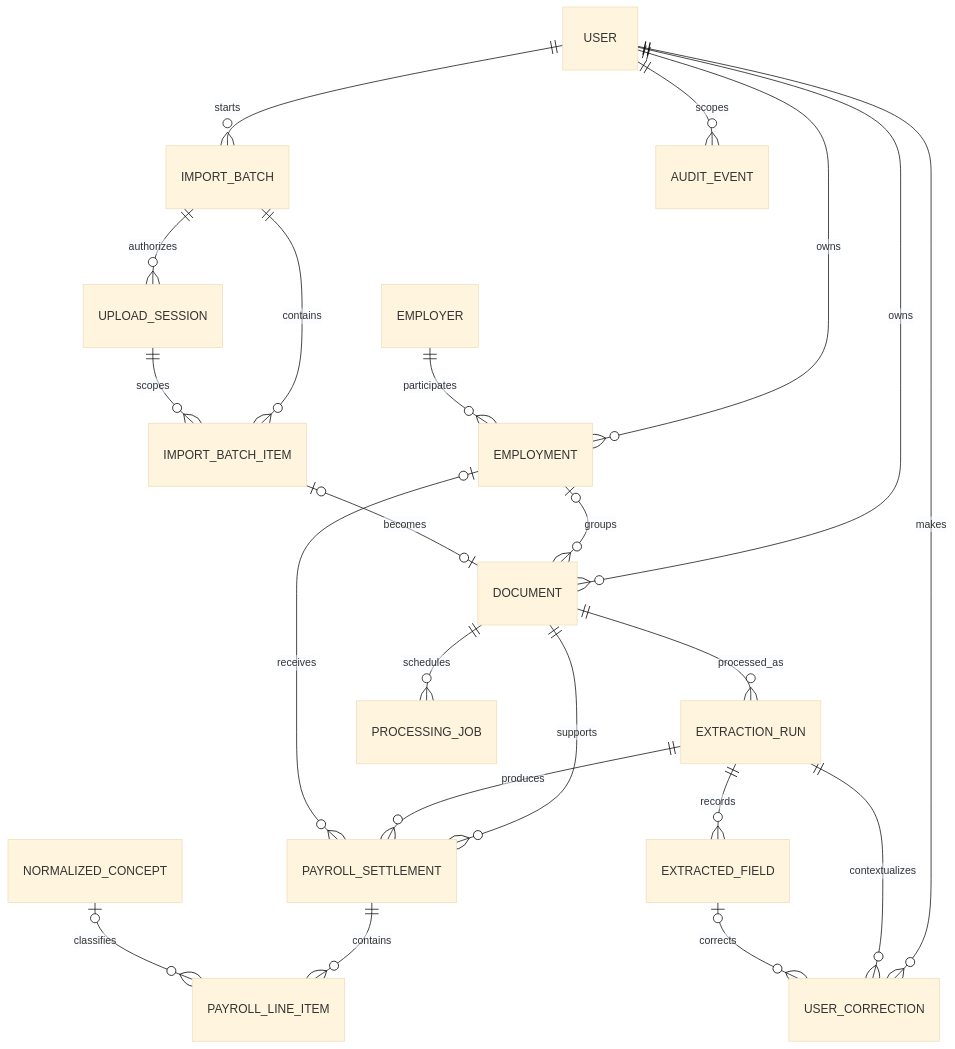
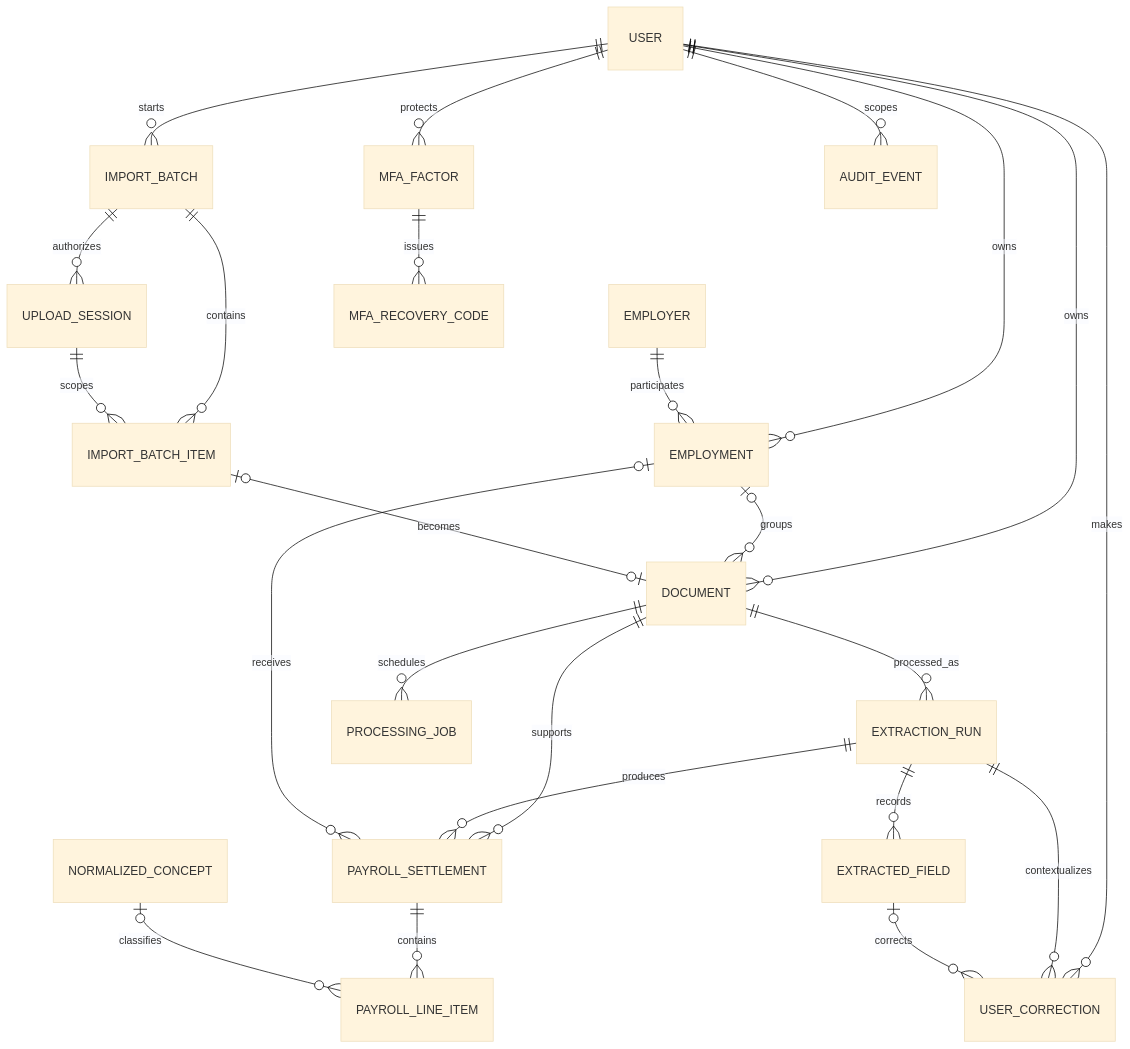
The diagram in docs/architecture/domain-model.md (SebastianMacaya/Salarivo), drawn with Mermaid (base theme) before and after one commit. The commit also changed other lines of this file and 48 other files, not shown here.

```diff
--- a/docs/architecture/domain-model.md
+++ b/docs/architecture/domain-model.md
@@ -16,24 +16,26 @@
 ~~~mermaid
 erDiagram
     USER ||--o{ EMPLOYMENT : owns
     EMPLOYER ||--o{ EMPLOYMENT : participates
     USER ||--o{ IMPORT_BATCH : starts
     IMPORT_BATCH ||--o{ IMPORT_BATCH_ITEM : contains
     IMPORT_BATCH ||--o{ UPLOAD_SESSION : authorizes
     UPLOAD_SESSION ||--o{ IMPORT_BATCH_ITEM : scopes
     USER ||--o{ DOCUMENT : owns
     EMPLOYMENT o|--o{ DOCUMENT : groups
     IMPORT_BATCH_ITEM o|--o| DOCUMENT : becomes
     DOCUMENT ||--o{ EXTRACTION_RUN : processed_as
     DOCUMENT ||--o{ PROCESSING_JOB : schedules
     DOCUMENT ||--o{ PAYROLL_SETTLEMENT : supports
     EXTRACTION_RUN ||--o{ PAYROLL_SETTLEMENT : produces
     EXTRACTION_RUN ||--o{ EXTRACTED_FIELD : records
     EMPLOYMENT o|--o{ PAYROLL_SETTLEMENT : receives
     PAYROLL_SETTLEMENT ||--o{ PAYROLL_LINE_ITEM : contains
     NORMALIZED_CONCEPT o|--o{ PAYROLL_LINE_ITEM : classifies
     USER ||--o{ USER_CORRECTION : makes
     EXTRACTION_RUN ||--o{ USER_CORRECTION : contextualizes
     EXTRACTED_FIELD o|--o{ USER_CORRECTION : corrects
+    USER ||--o{ MFA_FACTOR : protects
+    MFA_FACTOR ||--o{ MFA_RECOVERY_CODE : issues
     USER ||--o{ AUDIT_EVENT : scopes
 ~~~
```
